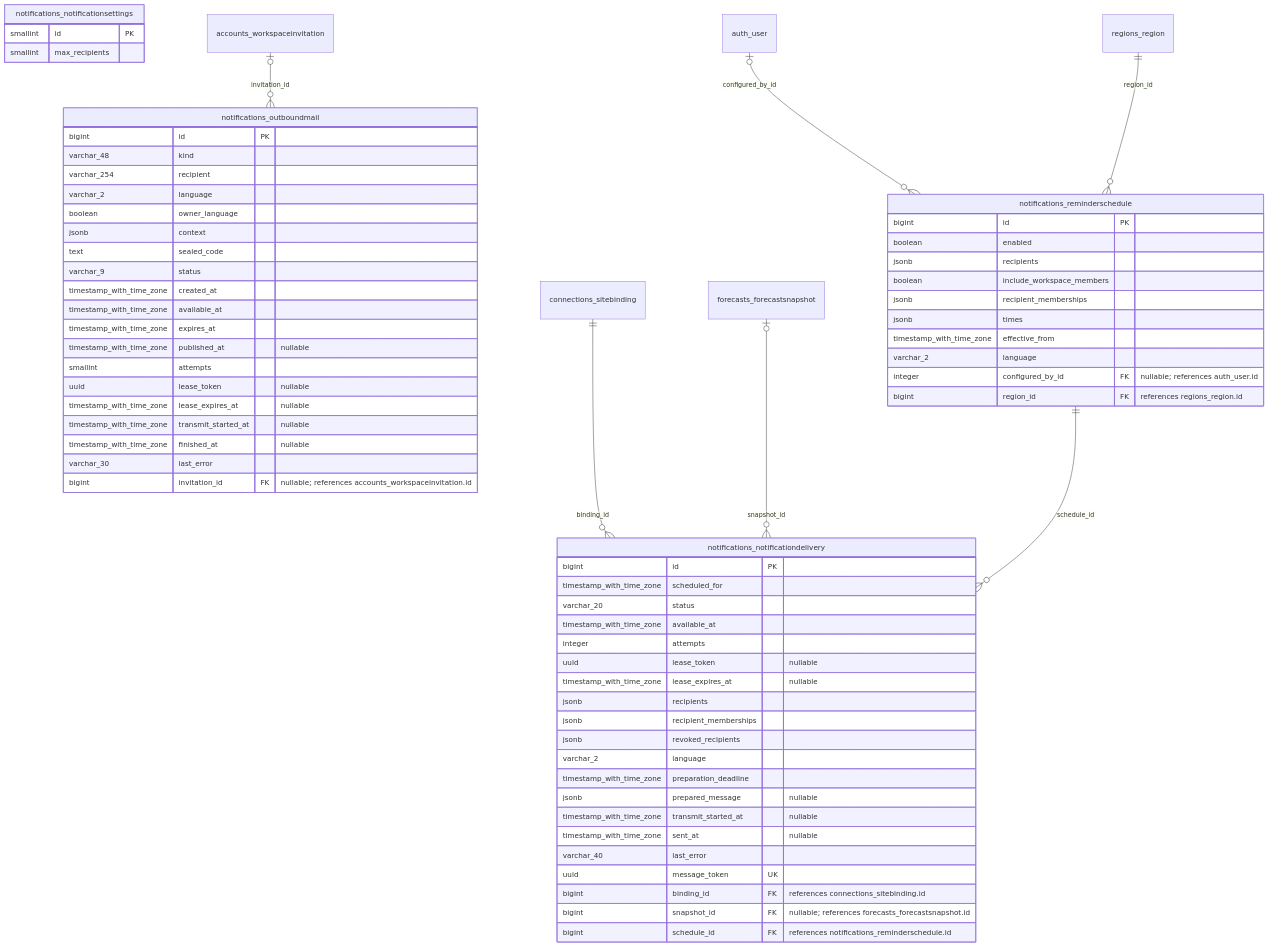
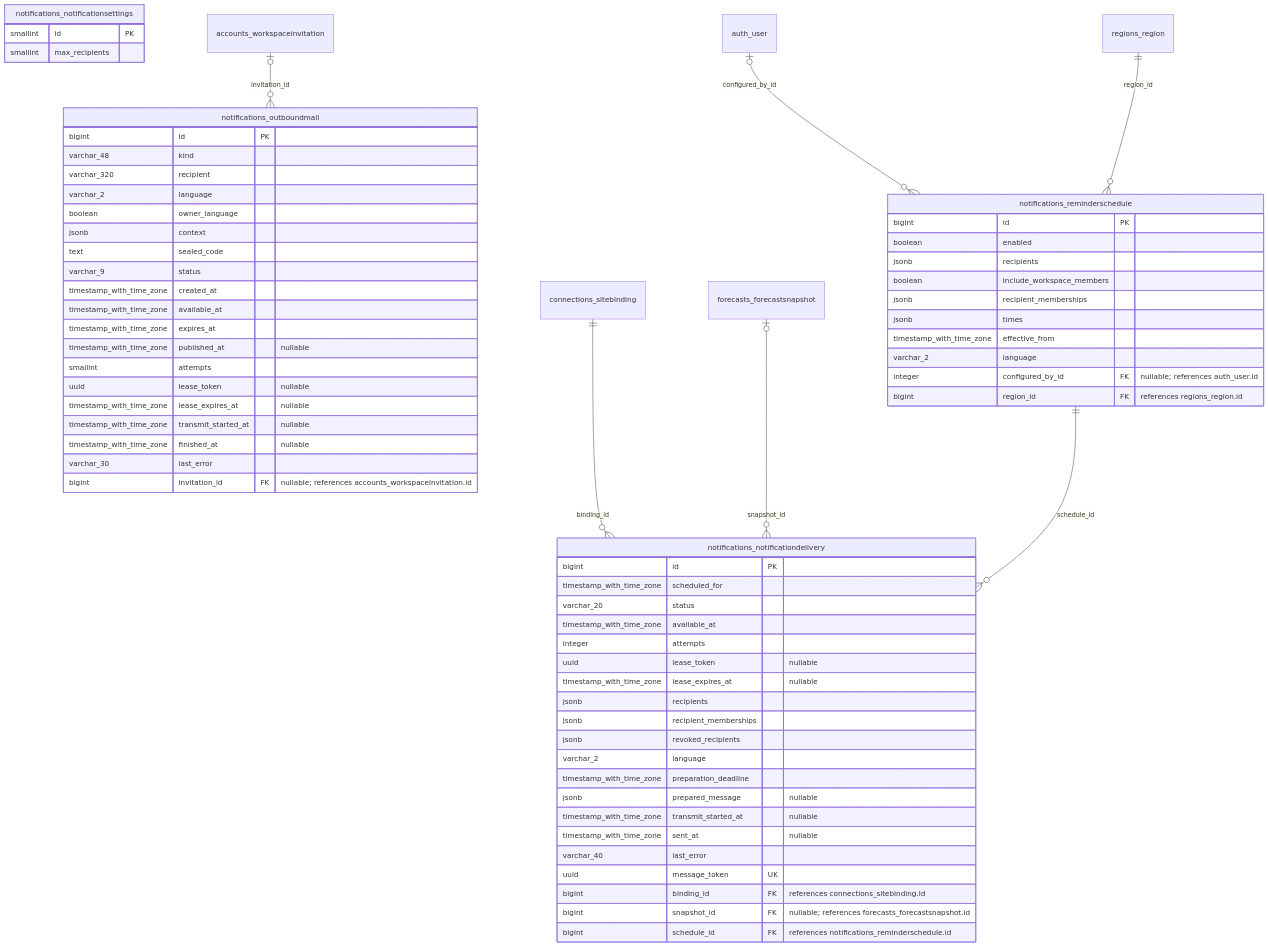
Before and after one commit to erkurtharun/pyracast: the eighth of 18 diagrams in docs/DATA_MODEL.md, drawn with Mermaid. The commit also changed 4 other files, not shown here.

````diff
--- a/docs/DATA_MODEL.md
+++ b/docs/DATA_MODEL.md
@@ -913,68 +913,68 @@
 ```mermaid
 erDiagram
     notifications_notificationdelivery {
         bigint id PK
         timestamp_with_time_zone scheduled_for
         varchar_20 status
         timestamp_with_time_zone available_at
         integer attempts
         uuid lease_token "nullable"
         timestamp_with_time_zone lease_expires_at "nullable"
         jsonb recipients
         jsonb recipient_memberships
         jsonb revoked_recipients
         varchar_2 language
         timestamp_with_time_zone preparation_deadline
         jsonb prepared_message "nullable"
         timestamp_with_time_zone transmit_started_at "nullable"
         timestamp_with_time_zone sent_at "nullable"
         varchar_40 last_error
         uuid message_token UK
         bigint binding_id FK "references connections_sitebinding.id"
         bigint snapshot_id FK "nullable; references forecasts_forecastsnapshot.id"
         bigint schedule_id FK "references notifications_reminderschedule.id"
     }
     notifications_notificationsettings {
         smallint id PK
         smallint max_recipients
     }
     notifications_outboundmail {
         bigint id PK
         varchar_48 kind
-        varchar_254 recipient
+        varchar_320 recipient
         varchar_2 language
         boolean owner_language
         jsonb context
         text sealed_code
         varchar_9 status
         timestamp_with_time_zone created_at
         timestamp_with_time_zone available_at
         timestamp_with_time_zone expires_at
         timestamp_with_time_zone published_at "nullable"
         smallint attempts
         uuid lease_token "nullable"
         timestamp_with_time_zone lease_expires_at "nullable"
         timestamp_with_time_zone transmit_started_at "nullable"
         timestamp_with_time_zone finished_at "nullable"
         varchar_30 last_error
         bigint invitation_id FK "nullable; references accounts_workspaceinvitation.id"
     }
     notifications_reminderschedule {
         bigint id PK
         boolean enabled
         jsonb recipients
         boolean include_workspace_members
         jsonb recipient_memberships
         jsonb times
         timestamp_with_time_zone effective_from
         varchar_2 language
         integer configured_by_id FK "nullable; references auth_user.id"
         bigint region_id FK "references regions_region.id"
     }
     connections_sitebinding ||--o{ notifications_notificationdelivery : "binding_id"
     forecasts_forecastsnapshot |o--o{ notifications_notificationdelivery : "snapshot_id"
     notifications_reminderschedule ||--o{ notifications_notificationdelivery : "schedule_id"
     accounts_workspaceinvitation |o--o{ notifications_outboundmail : "invitation_id"
     auth_user |o--o{ notifications_reminderschedule : "configured_by_id"
     regions_region ||--o{ notifications_reminderschedule : "region_id"
 ```
````
